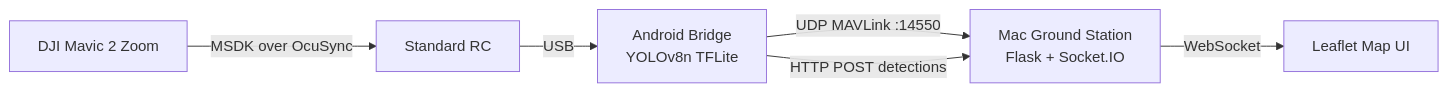
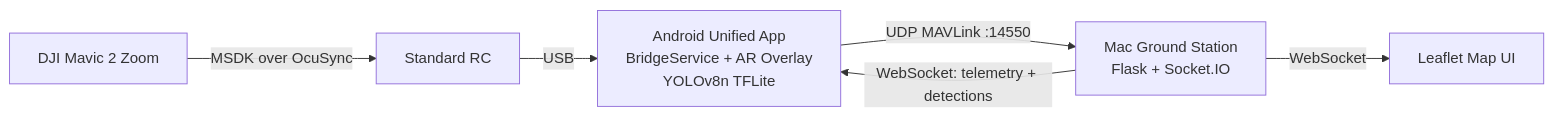
One commit to vihorx/lattice-bridge changed the diagram in README.md. Above: the diagram before and after it, drawn with Mermaid. The commit also changed other lines of this file, not shown here.

Commit message:
docs: update diagram + Stage 4B status for unified app

````diff
--- a/README.md
+++ b/README.md
@@ -11,8 +11,8 @@
 ```mermaid
 flowchart LR
     Drone[DJI Mavic 2 Zoom] -->|MSDK over OcuSync| RC[Standard RC]
-    RC -->|USB| Phone[Android Bridge<br/>YOLOv8n TFLite]
+    RC -->|USB| Phone[Android Unified App<br/>BridgeService + AR Overlay<br/>YOLOv8n TFLite]
     Phone -->|UDP MAVLink :14550| Mac[Mac Ground Station<br/>Flask + Socket.IO]
-    Phone -->|HTTP POST detections| Mac
+    Mac -->|WebSocket: telemetry + detections| Phone
     Mac -->|WebSocket| Browser[Leaflet Map UI]
 ```
````
